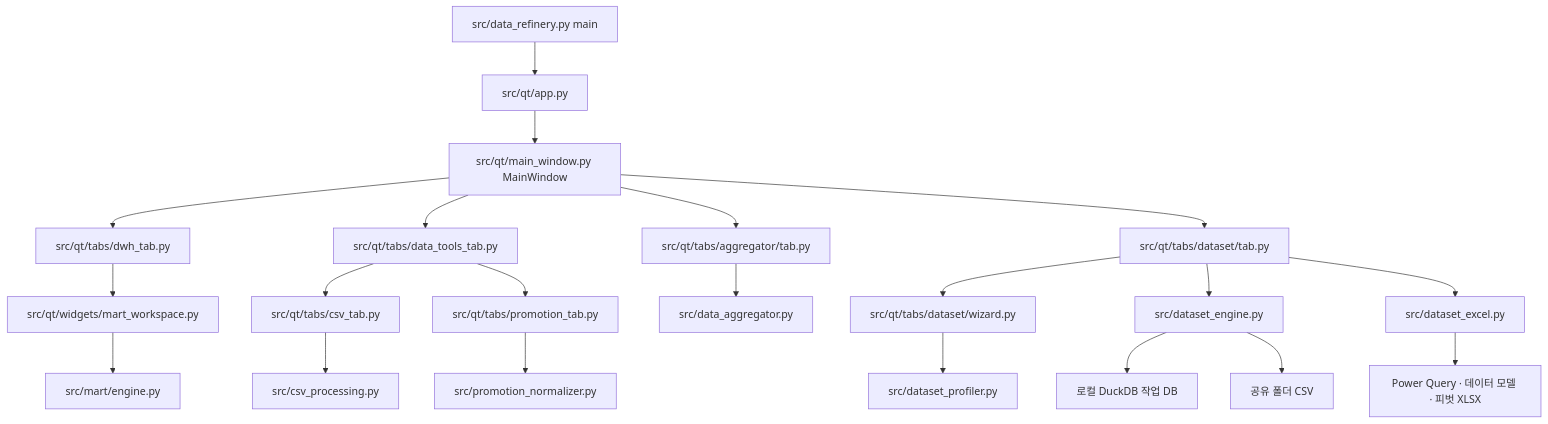
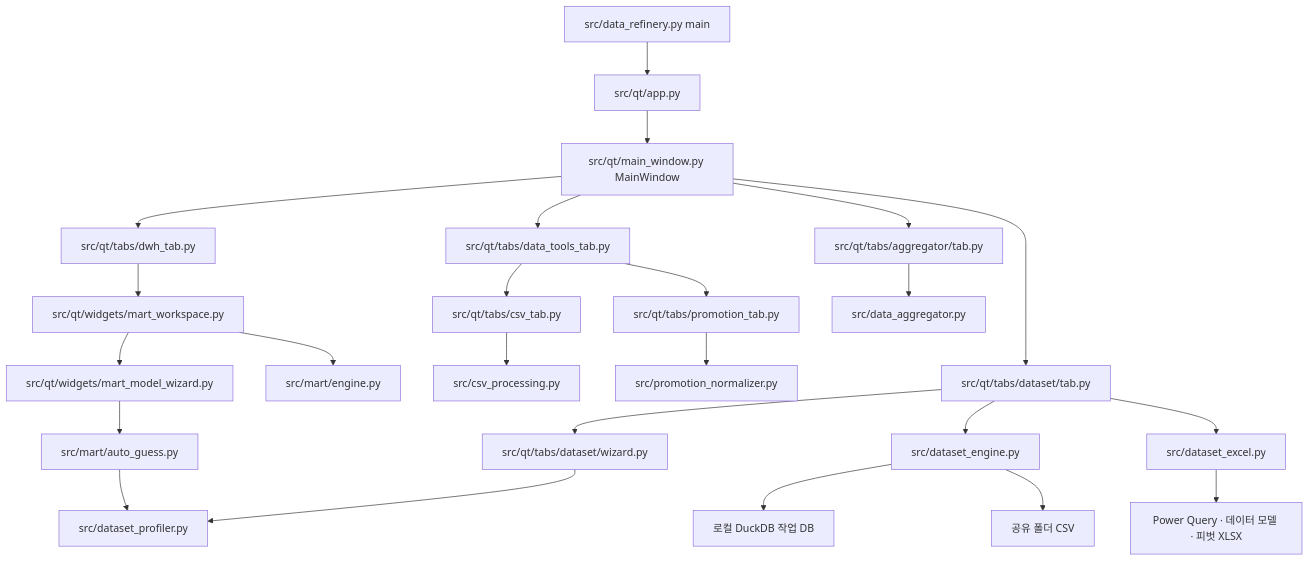
One commit to KwangBeomPark/04_DataRefinery changed the diagram in AI_CODE_MAP.md. Above: the diagram before and after it, drawn with Mermaid. The commit also changed other lines of this file and 15 other files, not shown here.

First line of the commit message:
feat(mart): implement Kimball star schema wizard and delimiter sniffing

````diff
--- a/AI_CODE_MAP.md
+++ b/AI_CODE_MAP.md
@@ -34,23 +34,26 @@
 ```mermaid
 flowchart TD
     Entry[src/data_refinery.py main] --> QtApp[src/qt/app.py]
     QtApp --> Window[src/qt/main_window.py MainWindow]
     Window --> DWH[src/qt/tabs/dwh_tab.py]
     DWH --> Mart[src/qt/widgets/mart_workspace.py]
+    Mart --> MartWizard[src/qt/widgets/mart_model_wizard.py]
+    MartWizard --> MartAutoGuess[src/mart/auto_guess.py]
+    MartAutoGuess --> Profiler[src/dataset_profiler.py]
     Mart --> MartEngine[src/mart/engine.py]
     Window --> Tools[src/qt/tabs/data_tools_tab.py]
     Tools --> Csv[src/qt/tabs/csv_tab.py]
     Tools --> Promo[src/qt/tabs/promotion_tab.py]
     Window --> Agg[src/qt/tabs/aggregator/tab.py]
     Window --> Publisher[src/qt/tabs/dataset/tab.py]
     Csv --> CsvEngine[src/csv_processing.py]
     Promo --> PromoEngine[src/promotion_normalizer.py]
     Agg --> AggEngine[src/data_aggregator.py]
     Publisher --> Wizard[src/qt/tabs/dataset/wizard.py]
     Wizard --> Profiler[src/dataset_profiler.py]
     Publisher --> DatasetEngine[src/dataset_engine.py]
     DatasetEngine --> WorkingDB[로컬 DuckDB 작업 DB]
     DatasetEngine --> SharedCSV[공유 폴더 CSV]
     Publisher --> Excel[src/dataset_excel.py]
     Excel --> Workbook[Power Query · 데이터 모델 · 피벗 XLSX]
 ```
````
